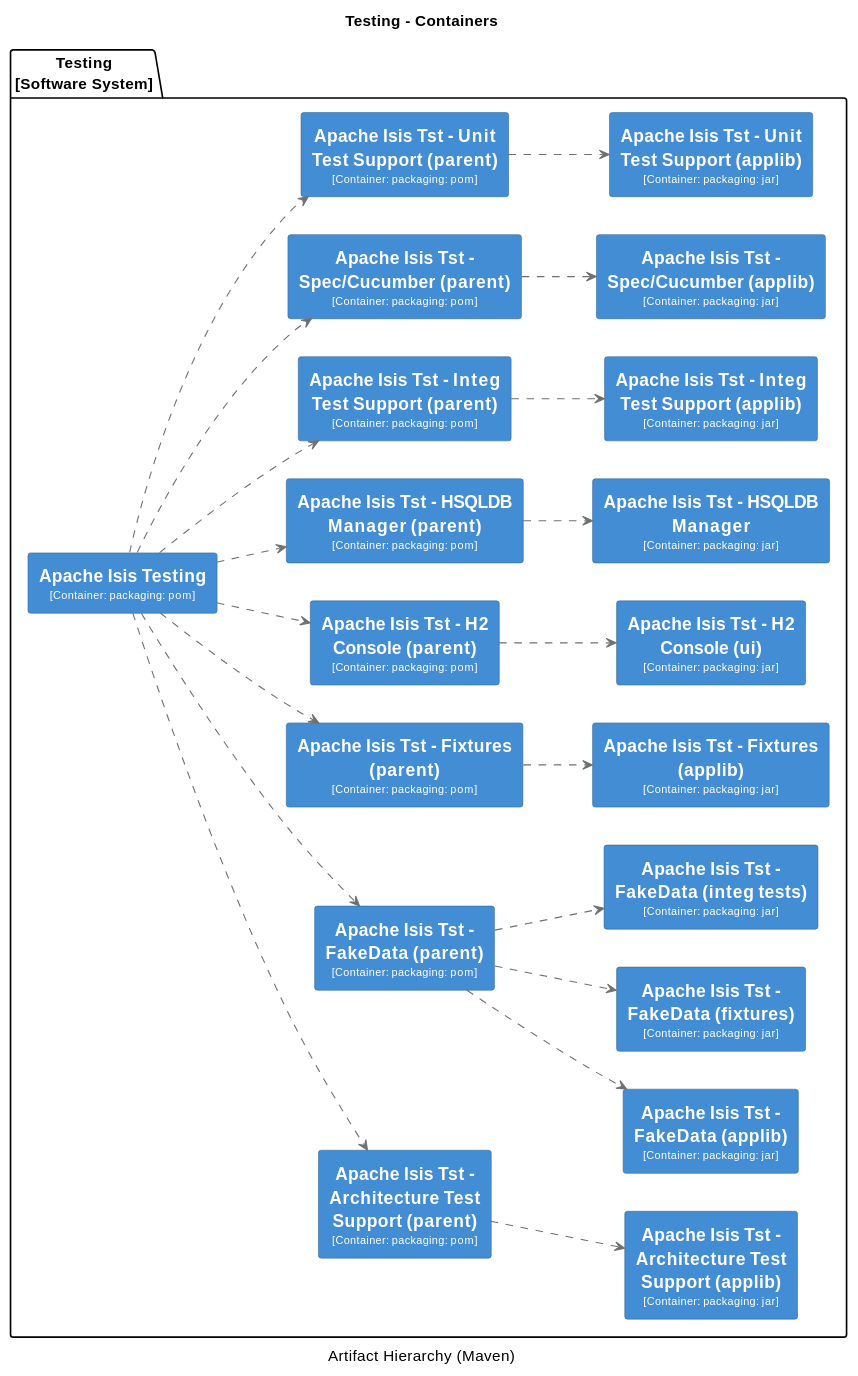
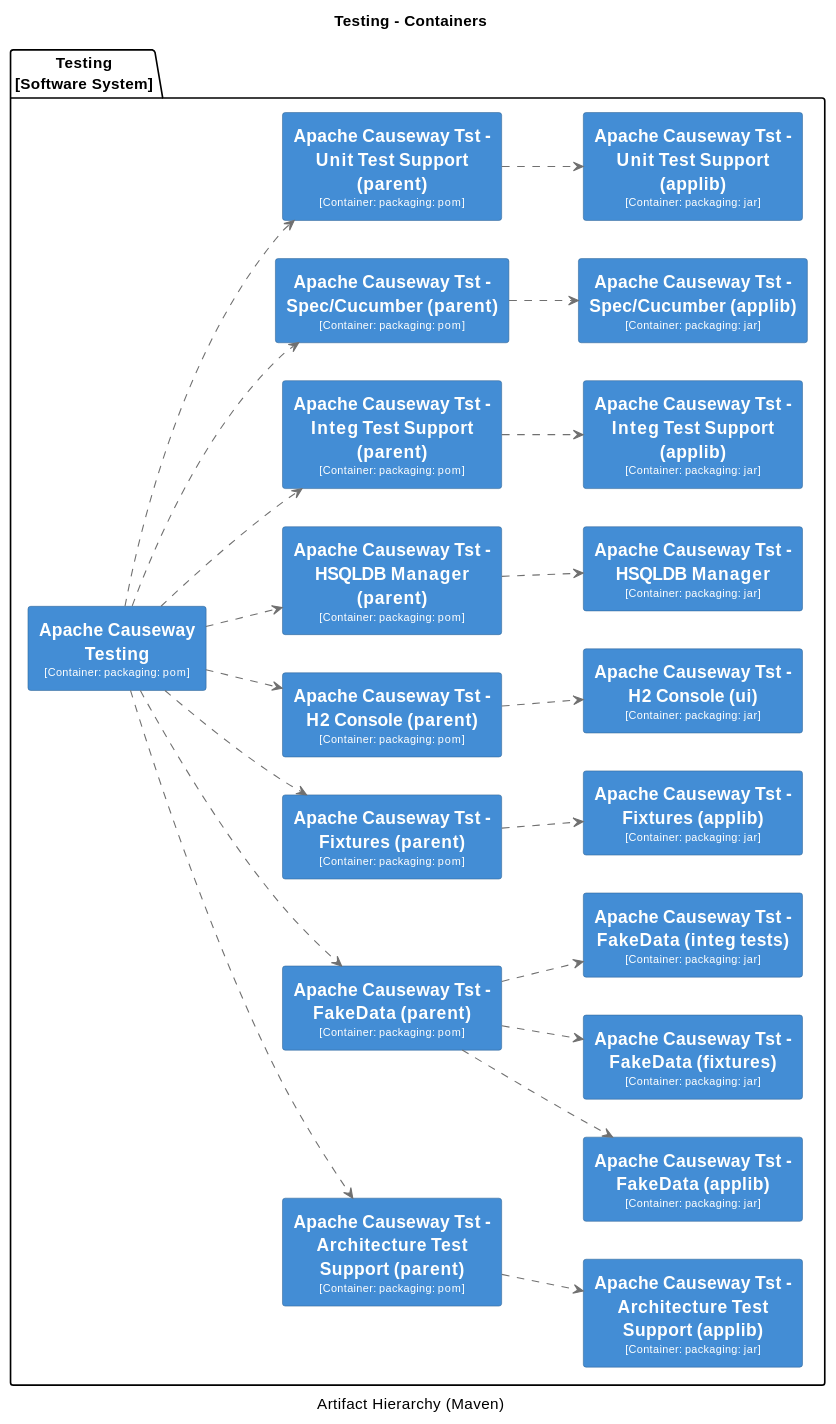
One commit to apache/causeway changed the third of 32 diagrams in core/adoc/modules/_overview/pages/about.adoc. Above: the diagram before and after it, drawn with PlantUML. The commit also changed other lines of this file and 398 other files, not shown here.

```diff
--- a/core/adoc/modules/_overview/pages/about.adoc
+++ b/core/adoc/modules/_overview/pages/about.adoc
@@ -236,25 +236,25 @@
   BorderColor #2E6295
 }
 package "Testing\n[Software System]" {
-  rectangle "==Apache Isis Testing\n<size:10>[Container: packaging: pom]</size>" <<2>> as 2
-  rectangle "==Apache Isis Tst - Architecture Test Support (applib)\n<size:10>[Container: packaging: jar]</size>" <<4>> as 4
-  rectangle "==Apache Isis Tst - Architecture Test Support (parent)\n<size:10>[Container: packaging: pom]</size>" <<3>> as 3
-  rectangle "==Apache Isis Tst - FakeData (applib)\n<size:10>[Container: packaging: jar]</size>" <<6>> as 6
-  rectangle "==Apache Isis Tst - FakeData (fixtures)\n<size:10>[Container: packaging: jar]</size>" <<7>> as 7
-  rectangle "==Apache Isis Tst - FakeData (integ tests)\n<size:10>[Container: packaging: jar]</size>" <<8>> as 8
-  rectangle "==Apache Isis Tst - FakeData (parent)\n<size:10>[Container: packaging: pom]</size>" <<5>> as 5
-  rectangle "==Apache Isis Tst - Fixtures (applib)\n<size:10>[Container: packaging: jar]</size>" <<10>> as 10
-  rectangle "==Apache Isis Tst - Fixtures (parent)\n<size:10>[Container: packaging: pom]</size>" <<9>> as 9
-  rectangle "==Apache Isis Tst - H2 Console (parent)\n<size:10>[Container: packaging: pom]</size>" <<11>> as 11
-  rectangle "==Apache Isis Tst - H2 Console (ui)\n<size:10>[Container: packaging: jar]</size>" <<12>> as 12
-  rectangle "==Apache Isis Tst - HSQLDB Manager\n<size:10>[Container: packaging: jar]</size>" <<14>> as 14
-  rectangle "==Apache Isis Tst - HSQLDB Manager (parent)\n<size:10>[Container: packaging: pom]</size>" <<13>> as 13
-  rectangle "==Apache Isis Tst - Integ Test Support (applib)\n<size:10>[Container: packaging: jar]</size>" <<16>> as 16
-  rectangle "==Apache Isis Tst - Integ Test Support (parent)\n<size:10>[Container: packaging: pom]</size>" <<15>> as 15
-  rectangle "==Apache Isis Tst - Spec/Cucumber (applib)\n<size:10>[Container: packaging: jar]</size>" <<18>> as 18
-  rectangle "==Apache Isis Tst - Spec/Cucumber (parent)\n<size:10>[Container: packaging: pom]</size>" <<17>> as 17
-  rectangle "==Apache Isis Tst - Unit Test Support (applib)\n<size:10>[Container: packaging: jar]</size>" <<20>> as 20
-  rectangle "==Apache Isis Tst - Unit Test Support (parent)\n<size:10>[Container: packaging: pom]</size>" <<19>> as 19
+  rectangle "==Apache Causeway Testing\n<size:10>[Container: packaging: pom]</size>" <<2>> as 2
+  rectangle "==Apache Causeway Tst - Architecture Test Support (applib)\n<size:10>[Container: packaging: jar]</size>" <<4>> as 4
+  rectangle "==Apache Causeway Tst - Architecture Test Support (parent)\n<size:10>[Container: packaging: pom]</size>" <<3>> as 3
+  rectangle "==Apache Causeway Tst - FakeData (applib)\n<size:10>[Container: packaging: jar]</size>" <<6>> as 6
+  rectangle "==Apache Causeway Tst - FakeData (fixtures)\n<size:10>[Container: packaging: jar]</size>" <<7>> as 7
+  rectangle "==Apache Causeway Tst - FakeData (integ tests)\n<size:10>[Container: packaging: jar]</size>" <<8>> as 8
+  rectangle "==Apache Causeway Tst - FakeData (parent)\n<size:10>[Container: packaging: pom]</size>" <<5>> as 5
+  rectangle "==Apache Causeway Tst - Fixtures (applib)\n<size:10>[Container: packaging: jar]</size>" <<10>> as 10
+  rectangle "==Apache Causeway Tst - Fixtures (parent)\n<size:10>[Container: packaging: pom]</size>" <<9>> as 9
+  rectangle "==Apache Causeway Tst - H2 Console (parent)\n<size:10>[Container: packaging: pom]</size>" <<11>> as 11
+  rectangle "==Apache Causeway Tst - H2 Console (ui)\n<size:10>[Container: packaging: jar]</size>" <<12>> as 12
+  rectangle "==Apache Causeway Tst - HSQLDB Manager\n<size:10>[Container: packaging: jar]</size>" <<14>> as 14
+  rectangle "==Apache Causeway Tst - HSQLDB Manager (parent)\n<size:10>[Container: packaging: pom]</size>" <<13>> as 13
+  rectangle "==Apache Causeway Tst - Integ Test Support (applib)\n<size:10>[Container: packaging: jar]</size>" <<16>> as 16
+  rectangle "==Apache Causeway Tst - Integ Test Support (parent)\n<size:10>[Container: packaging: pom]</size>" <<15>> as 15
+  rectangle "==Apache Causeway Tst - Spec/Cucumber (applib)\n<size:10>[Container: packaging: jar]</size>" <<18>> as 18
+  rectangle "==Apache Causeway Tst - Spec/Cucumber (parent)\n<size:10>[Container: packaging: pom]</size>" <<17>> as 17
+  rectangle "==Apache Causeway Tst - Unit Test Support (applib)\n<size:10>[Container: packaging: jar]</size>" <<20>> as 20
+  rectangle "==Apache Causeway Tst - Unit Test Support (parent)\n<size:10>[Container: packaging: pom]</size>" <<19>> as 19
 }
 2 .[#707070].> 3 : ""
 2 .[#707070].> 5 : ""
```
